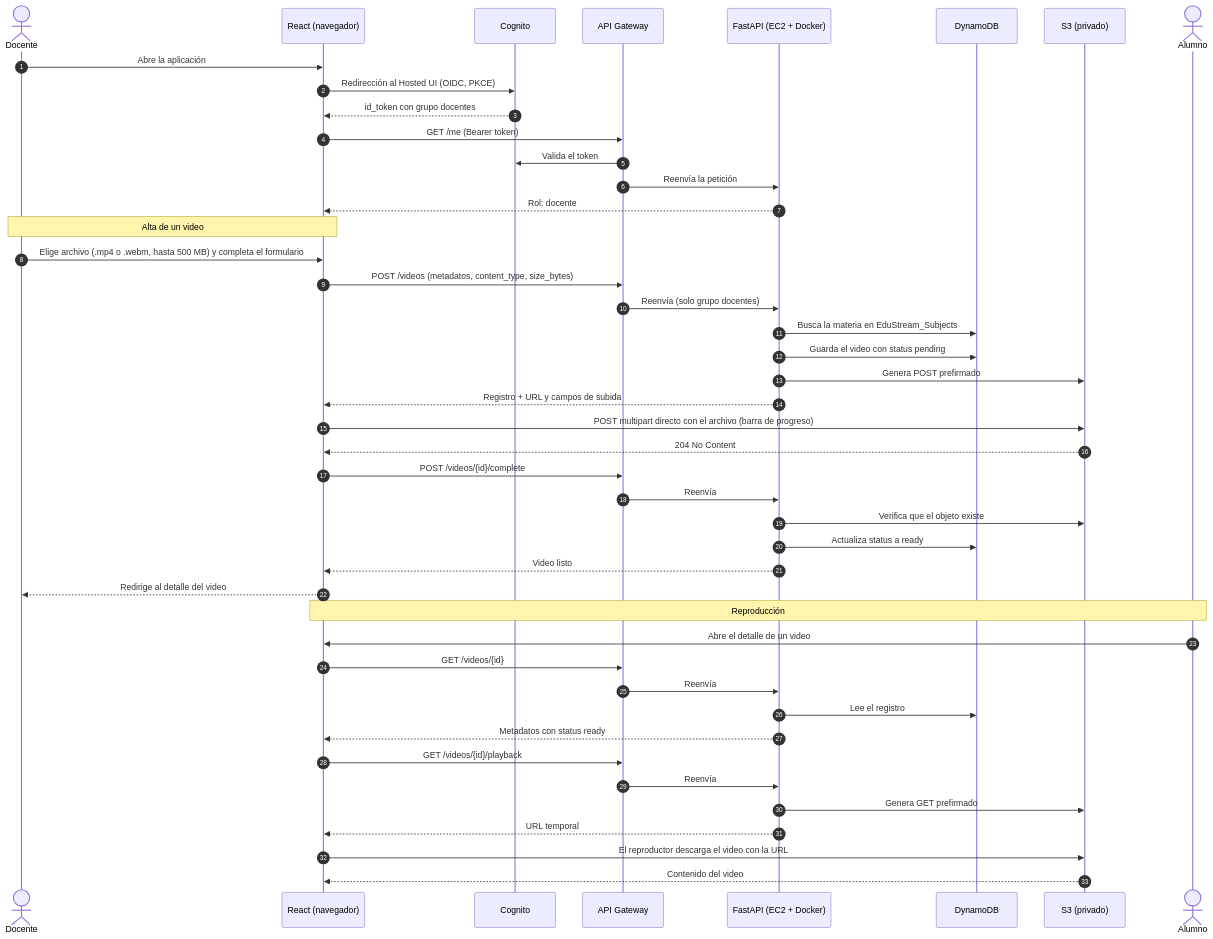
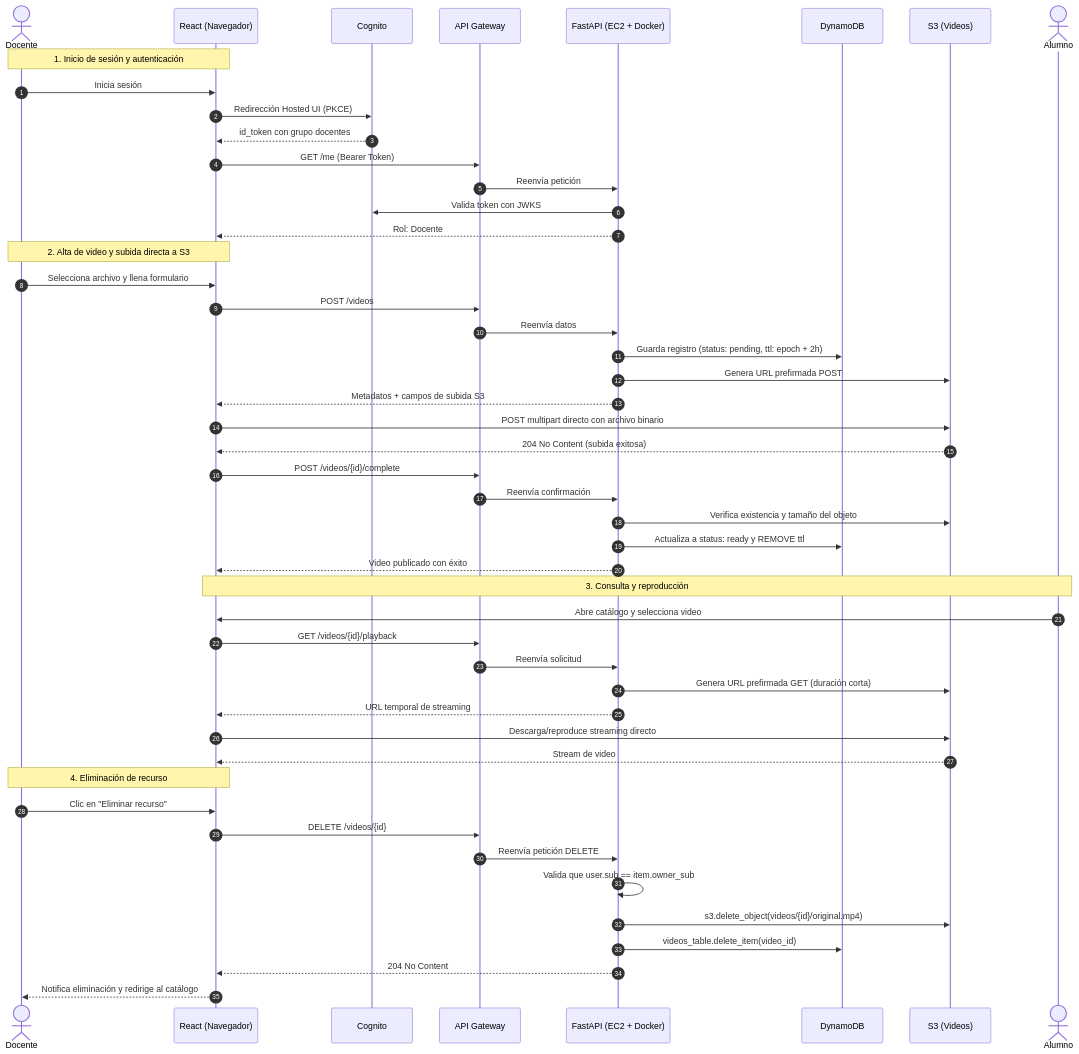
Before and after one commit to jdavila-sandoval/proyecto-integrador-o2026: the diagram in README.md, drawn with Mermaid. The commit also changed other lines of this file and 6 other files, not shown here.

````diff
--- a/README.md
+++ b/README.md
@@ -139,50 +124,55 @@
 ```mermaid
 sequenceDiagram
     autonumber
     actor D as Docente
-    participant R as React (navegador)
+    participant R as React (Navegador)
     participant C as Cognito
     participant G as API Gateway
     participant B as FastAPI (EC2 + Docker)
     participant T as DynamoDB
-    participant S as S3 (privado)
+    participant S as S3 (Videos)
     actor A as Alumno
 
-    D->>R: Abre la aplicación
-    R->>C: Redirección al Hosted UI (OIDC, PKCE)
+    Note over D,R: 1. Inicio de sesión y autenticación
+    D->>R: Inicia sesión
+    R->>C: Redirección Hosted UI (PKCE)
     C-->>R: id_token con grupo docentes
-    R->>G: GET /me (Bearer token)
-    G->>C: Valida el token
-    G->>B: Reenvía la petición
-    B-->>R: Rol: docente
+    R->>G: GET /me (Bearer Token)
+    G->>B: Reenvía petición
+    B->>C: Valida token con JWKS
+    B-->>R: Rol: Docente
 
-    Note over D,R: Alta de un video
-    D->>R: Elige archivo (.mp4 o .webm, hasta 500 MB) y completa el formulario
-    R->>G: POST /videos (metadatos, content_type, size_bytes)
-    G->>B: Reenvía (solo grupo docentes)
-    B->>T: Busca la materia en EduStream_Subjects
-    B->>T: Guarda el video con status pending
-    B->>S: Genera POST prefirmado
-    B-->>R: Registro + URL y campos de subida
-    R->>S: POST multipart directo con el archivo (barra de progreso)
-    S-->>R: 204 No Content
+    Note over D,R: 2. Alta de video y subida directa a S3
+    D->>R: Selecciona archivo y llena formulario
+    R->>G: POST /videos
+    G->>B: Reenvía datos
+    B->>T: Guarda registro (status: pending, ttl: epoch + 2h)
+    B->>S: Genera URL prefirmada POST
+    B-->>R: Metadatos + campos de subida S3
+    R->>S: POST multipart directo con archivo binario
+    S-->>R: 204 No Content (subida exitosa)
     R->>G: POST /videos/{id}/complete
-    G->>B: Reenvía
-    B->>S: Verifica que el objeto existe
-    B->>T: Actualiza status a ready
-    B-->>R: Video listo
-    R-->>D: Redirige al detalle del video
+    G->>B: Reenvía confirmación
+    B->>S: Verifica existencia y tamaño del objeto
+    B->>T: Actualiza a status: ready y REMOVE ttl
+    B-->>R: Video publicado con éxito
 
-    Note over A,R: Reproducción
-    A->>R: Abre el detalle de un video
-    R->>G: GET /videos/{id}
-    G->>B: Reenvía
-    B->>T: Lee el registro
-    B-->>R: Metadatos con status ready
+    Note over A,R: 3. Consulta y reproducción
+    A->>R: Abre catálogo y selecciona video
     R->>G: GET /videos/{id}/playback
-    G->>B: Reenvía
-    B->>S: Genera GET prefirmado
-    B-->>R: URL temporal
-    R->>S: El reproductor descarga el video con la URL
-    S-->>R: Contenido del video
+    G->>B: Reenvía solicitud
+    B->>S: Genera URL prefirmada GET (duración corta)
+    B-->>R: URL temporal de streaming
+    R->>S: Descarga/reproduce streaming directo
+    S-->>R: Stream de video
+
+    Note over D,R: 4. Eliminación de recurso
+    D->>R: Clic en "Eliminar recurso"
+    R->>G: DELETE /videos/{id}
+    G->>B: Reenvía petición DELETE
+    B->>B: Valida que user.sub == item.owner_sub
+    B->>S: s3.delete_object(videos/{id}/original.mp4)
+    B->>T: videos_table.delete_item(video_id)
+    B-->>R: 204 No Content
+    R-->>D: Notifica eliminación y redirige al catálogo
 ```
````
